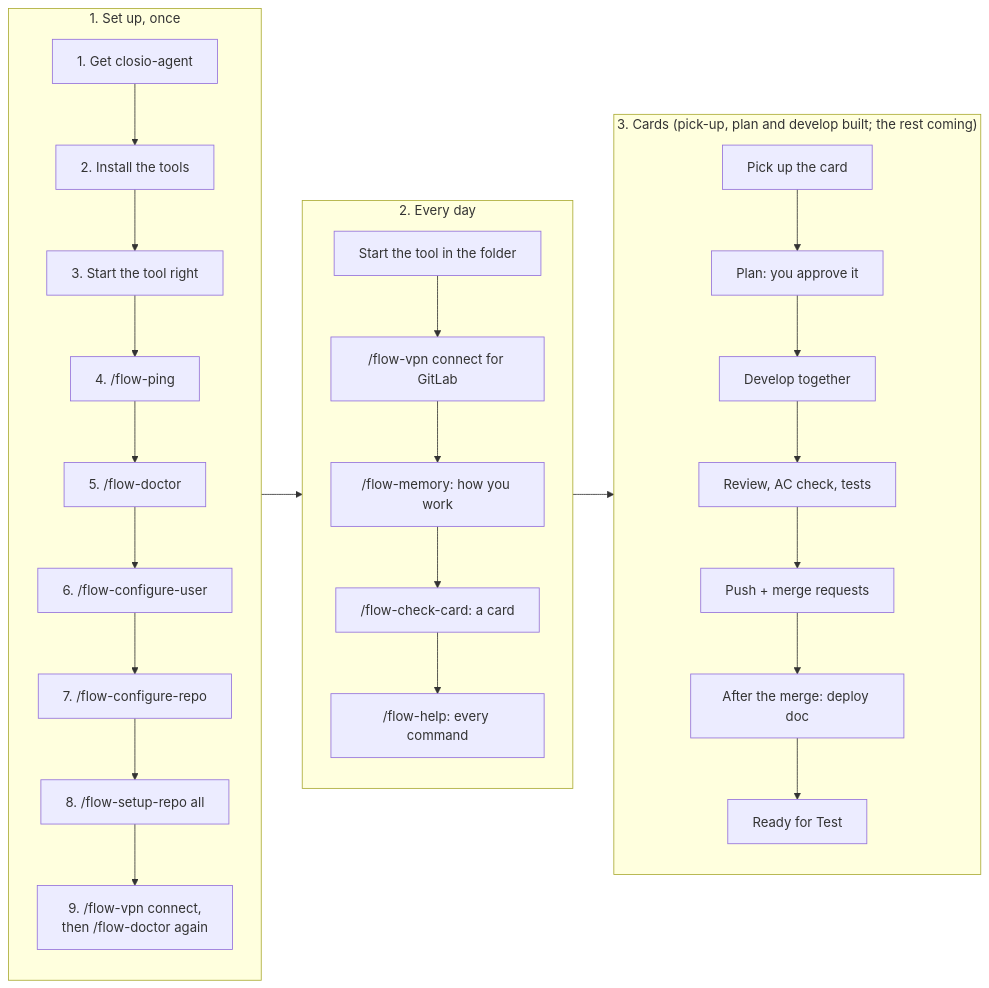
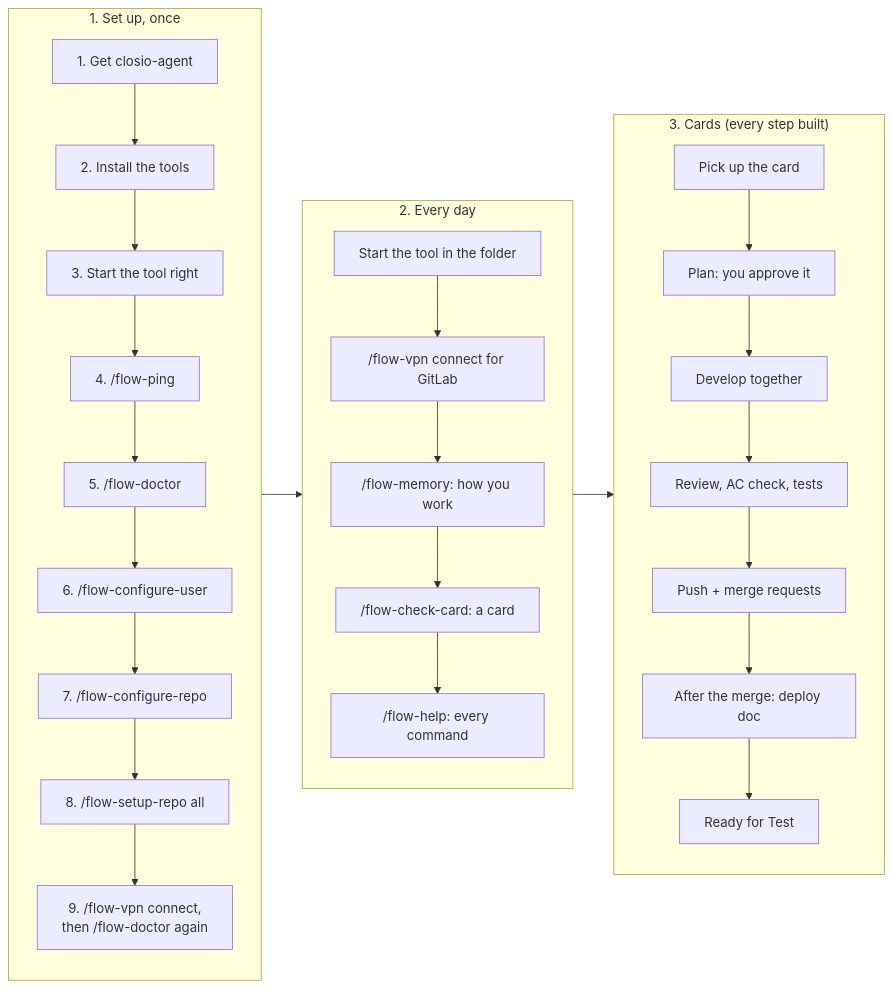
The second of 5 diagrams in docs/user-guide.md (manas-shurutech-04/closio_agent), drawn with Mermaid before and after one commit. The commit also changed other lines of this file and 9 other files, not shown here.

Commit message:
Docs: flow-push, flow-finish, WS1 login on dev, dev addresses, flow-doctor look, argument hints and suggestions (D70 to D73)

````diff
--- a/docs/user-guide.md
+++ b/docs/user-guide.md
@@ -49,16 +49,16 @@
 ```mermaid
 flowchart LR
     subgraph S["1. Set up, once"]
         direction TB
         s1["1. Get closio-agent"] --> s2["2. Install the tools"] --> s3["3. Start the tool right"] --> s4["4. /flow-ping"] --> s5["5. /flow-doctor"] --> s6["6. /flow-configure-user"] --> s7["7. /flow-configure-repo"] --> s8["8. /flow-setup-repo all"] --> s9["9. /flow-vpn connect,<br/>then /flow-doctor again"]
     end
     subgraph D["2. Every day"]
         direction TB
         d1["Start the tool in the folder"] --> d2["/flow-vpn connect for GitLab"] --> d3["/flow-memory: how you work"] --> d4["/flow-check-card: a card"] --> d5["/flow-help: every command"]
     end
-    subgraph K["3. Cards (pick-up, plan and develop built; the rest coming)"]
+    subgraph K["3. Cards (every step built)"]
         direction TB
         k1["Pick up the card"] --> k2["Plan: you approve it"] --> k3["Develop together"] --> k4["Review, AC check, tests"] --> k5["Push + merge requests"] --> k6["After the merge: deploy doc"] --> k7["Ready for Test"]
     end
     S --> D --> K
 ```
````
